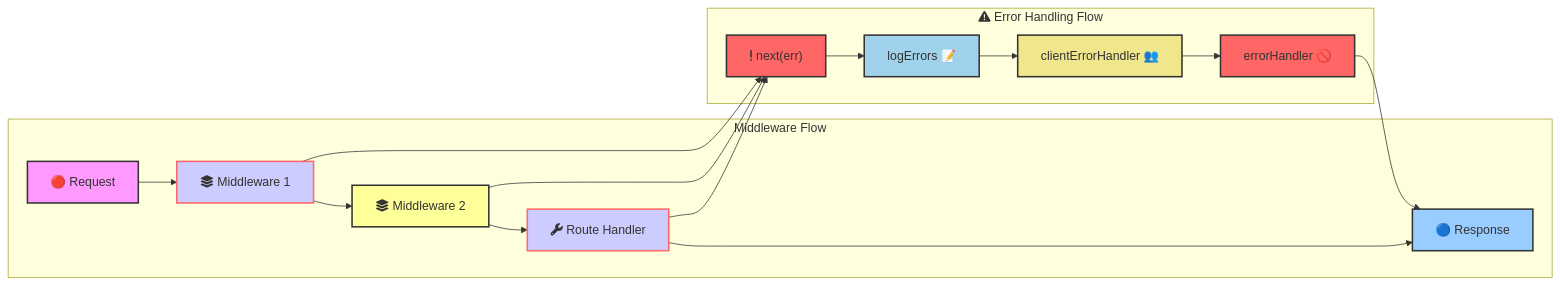
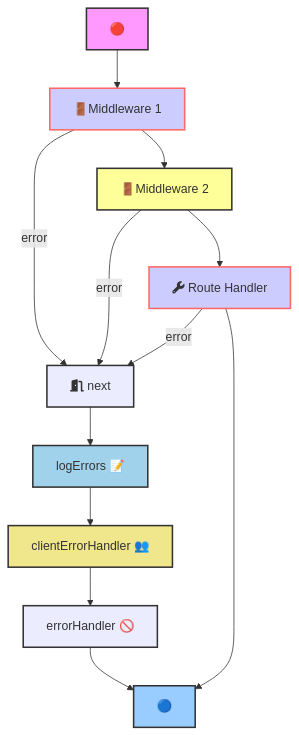
Before and after one commit to kelvin-bz/blog: the seventh of 12 diagrams in _posts/2024-07-15-expressjs-summary.md, drawn with Mermaid. The commit also changed other lines of this file, not shown here.

````diff
--- a/_posts/2024-07-15-expressjs-summary.md
+++ b/_posts/2024-07-15-expressjs-summary.md
@@ -335,30 +340,27 @@
 ```mermaid
-graph LR
-    subgraph Middleware["Middleware Flow"]
-        request["🔴 Request"] --> middleware1["fa:fa-layer-group Middleware 1"]
-        middleware1 --> middleware2["fa:fa-layer-group Middleware 2"]
-        middleware2 --> routeHandler["fa:fa-wrench Route Handler"]
-        routeHandler --> response["🔵 Response"]
-    end
+graph TD 
+   
+    routeHandler --error--> nextError["fa:fa-exclamation next(err)"]
+    request["🔴"] --> middleware1["🚪Middleware 1"] --error--> nextError["fa:fa-door-open next"]
+    middleware2 --error--> nextError
+    middleware1 --> middleware2["🚪Middleware 2"]
+    middleware2 --> routeHandler["fa:fa-wrench Route Handler"]
+    routeHandler --> response["🔵"]
+    nextError --> logErrors["logErrors 📝"]
+    logErrors --> clientErrorHandler["clientErrorHandler 👥"]
+    clientErrorHandler --> errorHandler["errorHandler 🚫"]
+    errorHandler --> response
 
-    subgraph ErrorHandling["fa:fa-exclamation-triangle Error Handling Flow"]
-        routeHandler --> nextError["fa:fa-exclamation next(err)"]
-        middleware1 --> nextError
-        middleware2 --> nextError
-        nextError --> logErrors["logErrors 📝"]
-        logErrors --> clientErrorHandler["clientErrorHandler 👥"]
-        clientErrorHandler --> errorHandler["errorHandler 🚫"]
-        errorHandler --> response
-    end
 
+    
     style request fill:#f9f,stroke:#333,stroke-width:2px
     style middleware1 fill:#ccf,stroke:#f66,stroke-width:2px
     style middleware2 fill:#ff9,stroke:#333,stroke-width:2px
     style routeHandler fill:#ccf,stroke:#f66,stroke-width:2px
     style response fill:#9cf,stroke:#333,stroke-width:2px
-    style nextError fill:#f66,stroke:#333,stroke-width:2px
+    style nextError stroke:#333,stroke-width:2px
     style logErrors fill:#a0d2eb,stroke:#333,stroke-width:2px
     style clientErrorHandler fill:#f0e68c,stroke:#333,stroke-width:2px
-    style errorHandler fill:#f66,stroke:#333,stroke-width:2px
+    style errorHandler stroke:#333,stroke-width:2px
 
 ```
````
